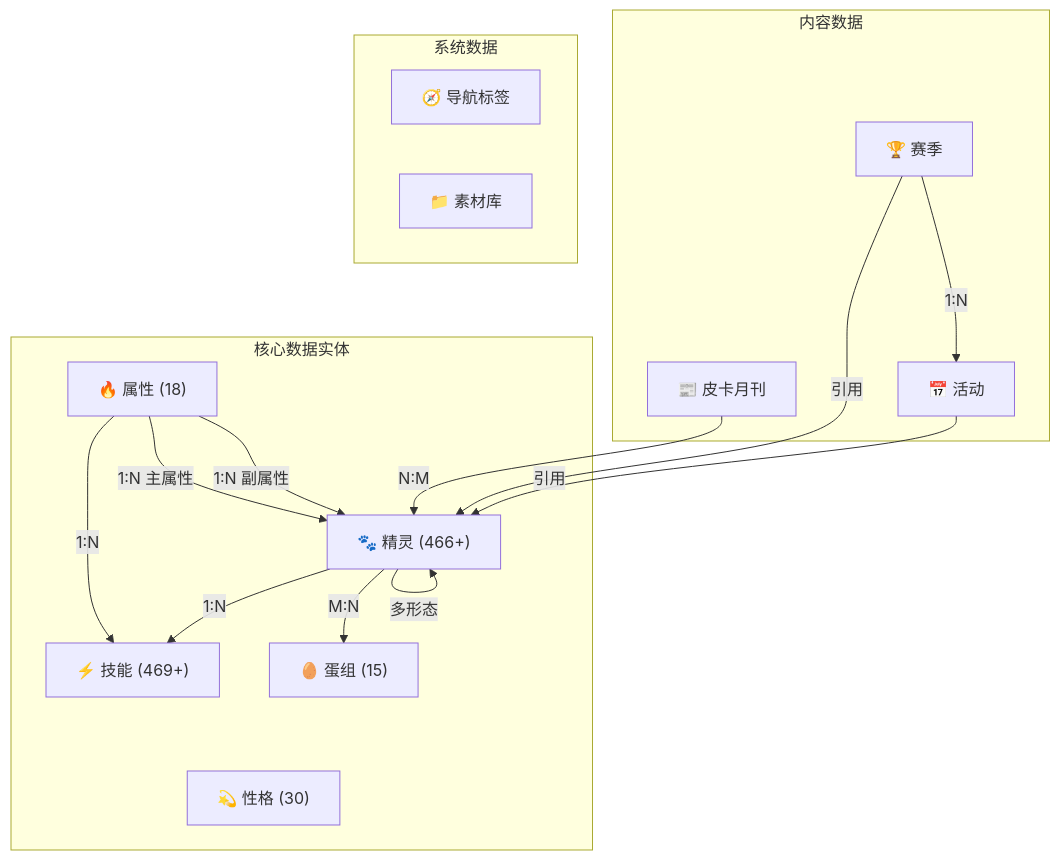
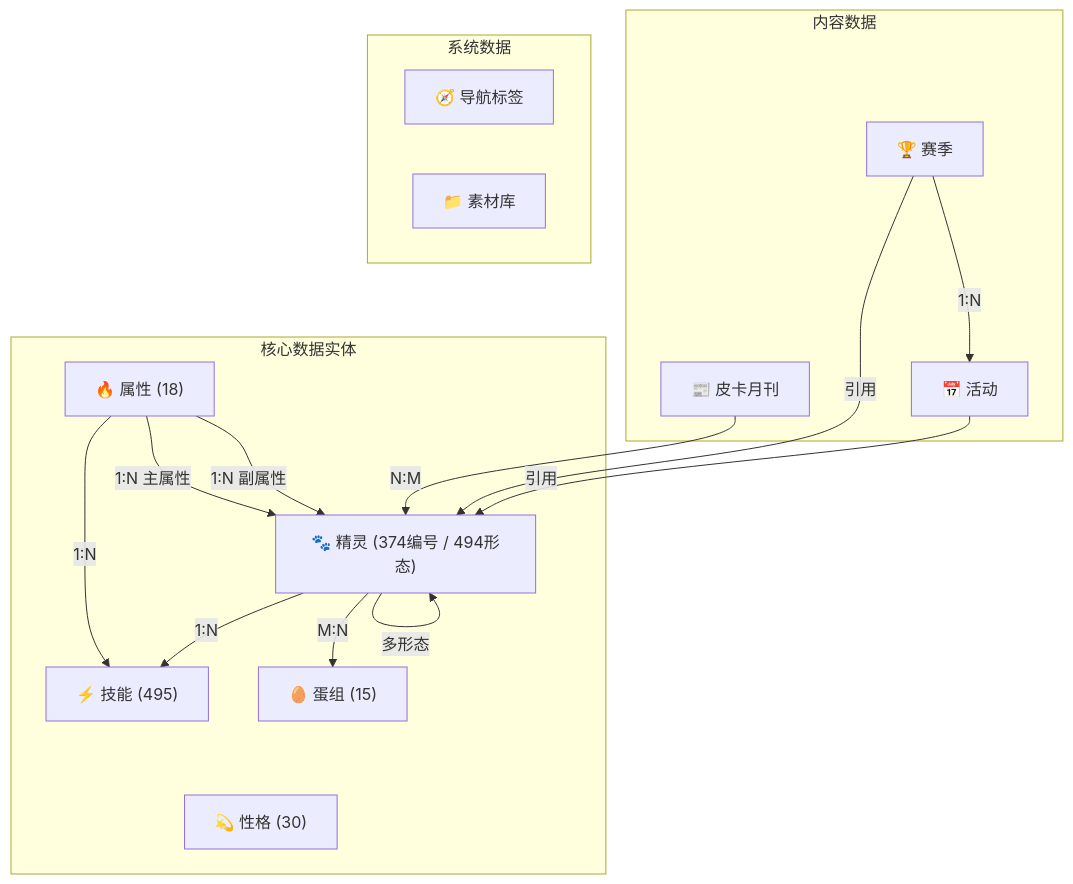
One commit to eachyczhang/-RocoTools changed diagram 11 of 12 in docs/ARCHITECTURE.md. Above: the diagram before and after it, drawn with Mermaid. The commit also changed other lines of this file and 21 other files, not shown here.

````diff
--- a/docs/ARCHITECTURE.md
+++ b/docs/ARCHITECTURE.md
@@ -553,33 +553,33 @@
 ```mermaid
 graph TD
     subgraph Core["核心数据实体"]
         Element["🔥 属性 (18)"]
-        Skill["⚡ 技能 (469+)"]
-        Pet["🐾 精灵 (466+)"]
+        Skill["⚡ 技能 (495)"]
+        Pet["🐾 精灵 (374编号 / 494形态)"]
         EggGroup["🥚 蛋组 (15)"]
         Nature["💫 性格 (30)"]
     end
 
     subgraph Content["内容数据"]
         Season["🏆 赛季"]
         Event["📅 活动"]
         Pika["📰 皮卡月刊"]
     end
 
     subgraph System["系统数据"]
         NavTab["🧭 导航标签"]
         Library["📁 素材库"]
     end
 
     Element -->|"1:N"| Skill
     Element -->|"1:N 主属性"| Pet
     Element -->|"1:N 副属性"| Pet
     Pet -->|"M:N"| EggGroup
     Pet -->|"1:N"| Skill
     Pet -->|"多形态"| Pet
 
     Season -->|"1:N"| Event
     Pika -->|"N:M"| Pet
     Season -->|"引用"| Pet
     Event -->|"引用"| Pet
 ```
````
